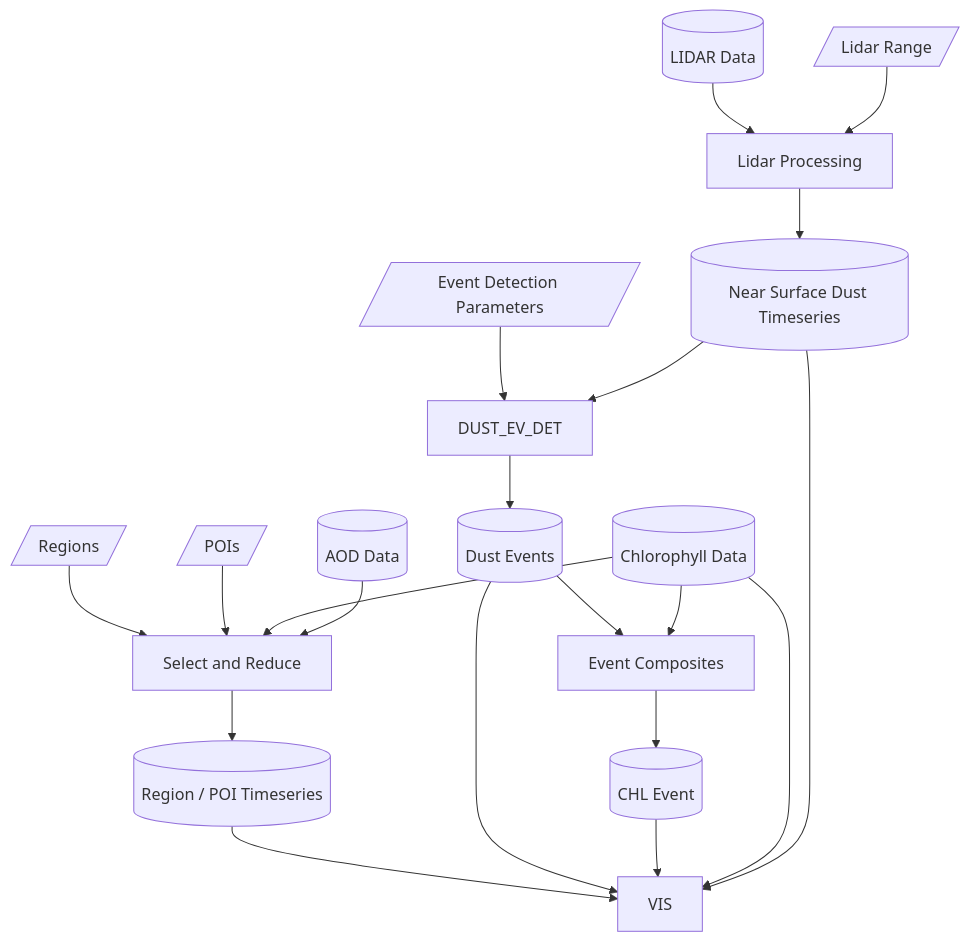
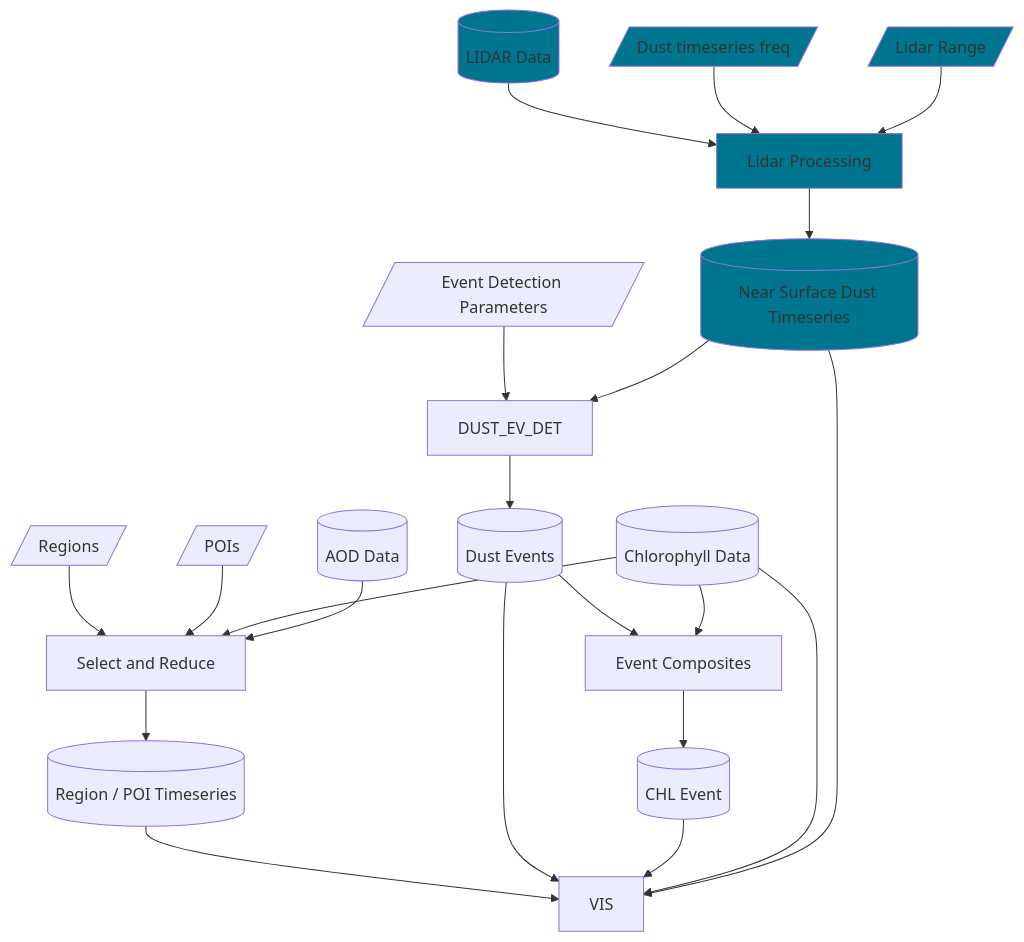
Before and after one commit to mardatade/Cabo-Verde-Dust: the diagram in README.md, drawn with Mermaid. The commit also changed 5 other files, not shown here.

````diff
--- a/README.md
+++ b/README.md
@@ -3,46 +3,55 @@
 ```mermaid
 flowchart TD
     %% datasets
     LIDAR[(LIDAR Data)]
     AOD[(AOD Data)]
     CHL[(Chlorophyll Data)]
     NSDST[(Near Surface Dust Timeseries)]
     REG_POI_TS[(Region / POI Timeseries)]
     DST_Events[(Dust Events)]
     CHL_Comp[(CHL Event)]
 
     %% user choices
     RGS[/Regions/]
     POI[/POIs/]
     LIDAR_RNG[/Lidar Range/]
+    DUST_FREQ[/Dust timeseries freq/]
     EVPRM[/Event Detection Parameters/]
 
     %% Process LIDAR data
     LIDAR --> LDRPRC[Lidar Processing]
+    DUST_FREQ --> LDRPRC
     LIDAR_RNG --> LDRPRC
     LDRPRC --> NSDST
 
     %% Visualize
     REG_POI_TS --> VIS
     DST_Events --> VIS
     CHL_Comp --> VIS
     CHL --> VIS
     NSDST --> VIS
     
     %% Select timesereis
     RGS --> SLCT_RED
     POI --> SLCT_RED
     CHL --> SLCT_RED
     AOD --> SLCT_RED[Select and Reduce]
     SLCT_RED --> REG_POI_TS
 
     %% Event detection
     EVPRM --> DUST_EV_DET
     NSDST --> DUST_EV_DET
     DUST_EV_DET --> DST_Events
 
     %% Event Composite
     DST_Events --> EV_COMP[Event Composites]
     CHL --> EV_COMP
     EV_COMP --> CHL_Comp
+
+    %% style those elements which exist
+    style NSDST fill:#00758f
+    style LIDAR_RNG fill:#00758f
+    style LIDAR fill:#00758f
+    style DUST_FREQ fill:#00758f
+    style LDRPRC fill:#00758f
 ```
````
